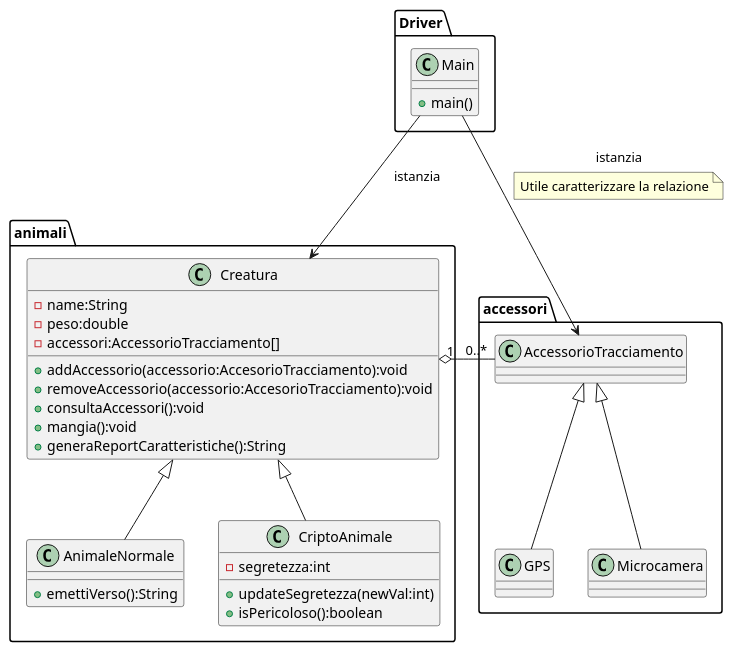
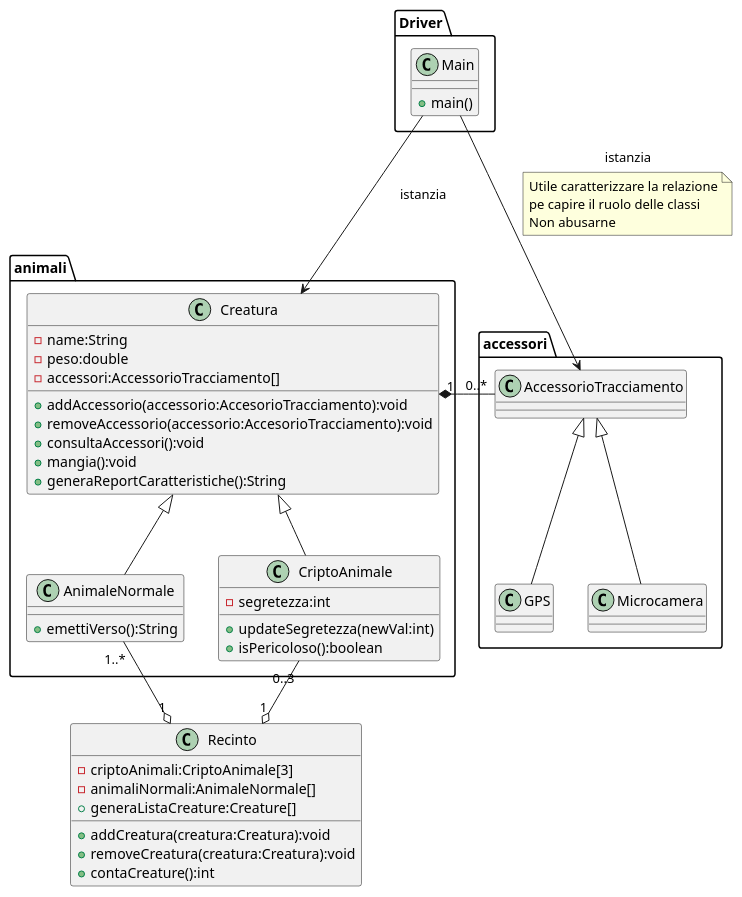
The diagram in uml/src/CD/DipZoologico.puml (itsNikk/2526-4BI), drawn with PlantUML before and after one commit. The commit also changed 8 other files, not shown here.

First line of the commit message:
[SOLUZIONE] es1 CD UML

```diff
--- a/uml/src/CD/DipZoologico.puml
+++ b/uml/src/CD/DipZoologico.puml
@@ -1,59 +1,74 @@
 @startuml
 
 '' - private
 '' + pubblico
 
 package animali {
     class Creatura {
         -name:String
         -peso:double
         -accessori:AccessorioTracciamento[]
-        +addAccessorio(accessorio:AccesorioTracciamento):void
+            +addAccessorio(accessorio:AccesorioTracciamento):void
         +removeAccessorio(accessorio:AccesorioTracciamento):void
         +consultaAccessori():void
         +mangia():void
         +generaReportCaratteristiche():String
     }
 
     class AnimaleNormale {
         +emettiVerso():String
     }
 
     class CriptoAnimale {
         -segretezza:int
         +updateSegretezza(newVal:int)
         +isPericoloso():boolean
     }
 }
 
 package accessori {
     class AccessorioTracciamento{}
     class GPS{}
     class Microcamera{}
 }
 package Driver {
     class Main{
         +main()
     }
 }
 
+class Recinto {
+    -criptoAnimali:CriptoAnimale[3]
+    -animaliNormali:AnimaleNormale[]
+    +addCreatura(creatura:Creatura):void
+    +removeCreatura(creatura:Creatura):void
+    +contaCreature():int
+    +generaListaCreature:Creature[]
+}
+
 
 ''Ereditarietà - punta vuota verso il padre
 Creatura <|-- AnimaleNormale
 Creatura <|-- CriptoAnimale
+
+'' Aggregazione: i ref del contenuto arrivano da fuori la classe contenitore
+CriptoAnimale "0..3" --o "1" Recinto
+AnimaleNormale "1..*" --o "1" Recinto
 
 AccessorioTracciamento <|-- GPS
 AccessorioTracciamento <|-- Microcamera
 
 ''0..* => da 0 a * elementi
 '' Diamante pieno = composizione
 ''
-Creatura "1" o- "0..*" AccessorioTracciamento
+Creatura "1" *- "0..*" AccessorioTracciamento
 
 
 Main --> Creatura : istanzia
 Main --> AccessorioTracciamento : istanzia
 note on link
     Utile caratterizzare la relazione
+    pe capire il ruolo delle classi
+    Non abusarne
 end note
 @enduml
```
